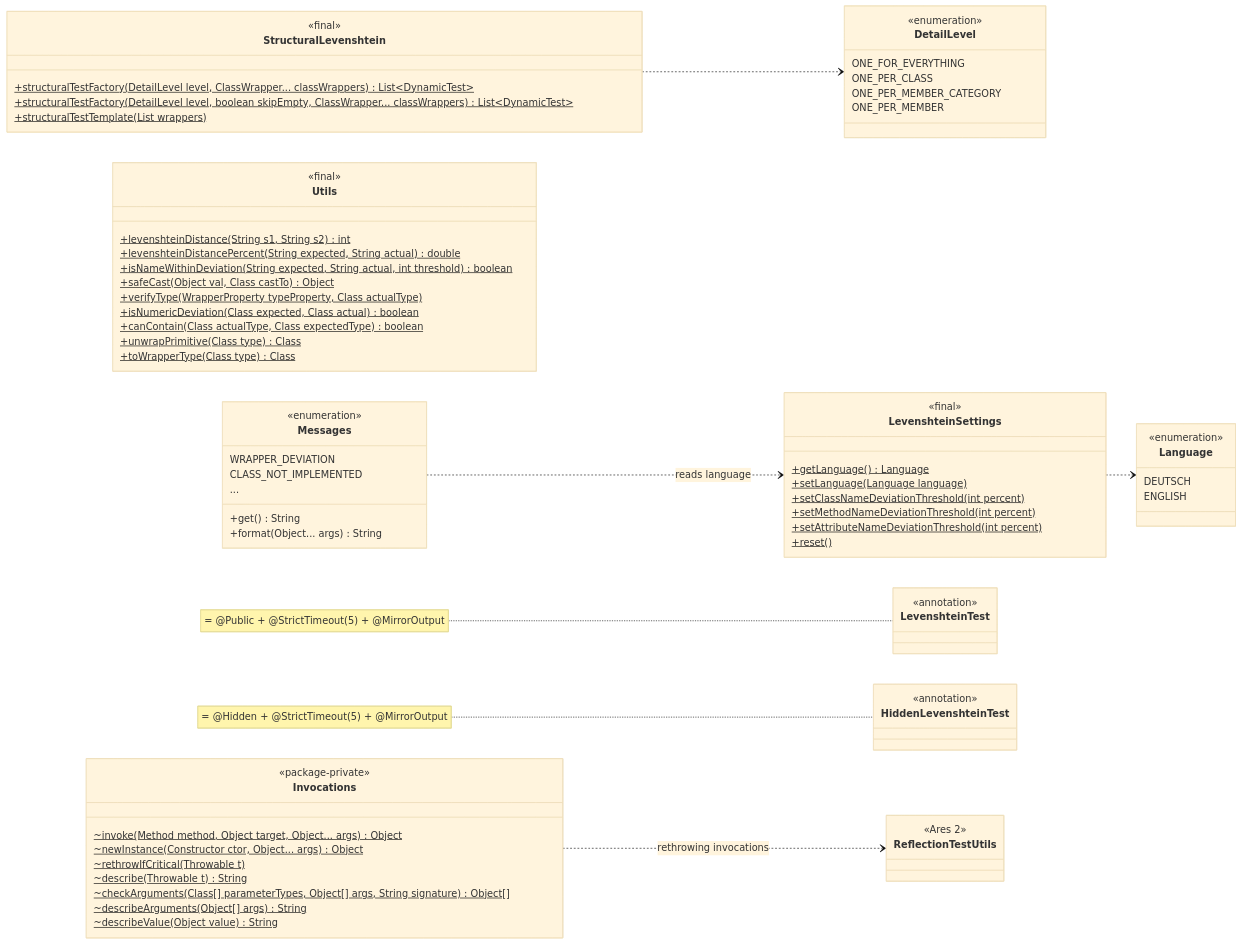
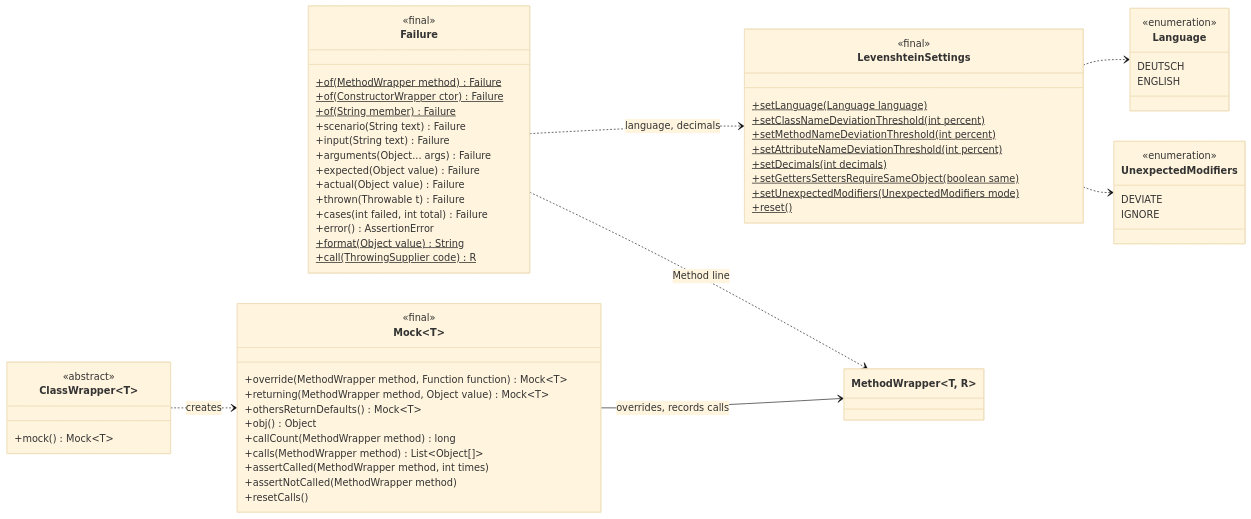
Before and after one commit to ValentinHerrmann/Levenshtein-Testing-Framework: the fourth of 6 diagrams in docs/architecture.md, drawn with Mermaid (base theme). The commit also changed other lines of this file and 14 other files, not shown here.

````diff
--- a/docs/architecture.md
+++ b/docs/architecture.md
@@ -247,78 +231,65 @@
 ```mermaid
 classDiagram
     direction LR
-    class StructuralLevenshtein {
+    class Failure {
         <<final>>
-        +structuralTestFactory(DetailLevel level, ClassWrapper... classWrappers)$ List~DynamicTest~
-        +structuralTestFactory(DetailLevel level, boolean skipEmpty, ClassWrapper... classWrappers)$ List~DynamicTest~
-        +structuralTestTemplate(List wrappers)$
+        +of(MethodWrapper method)$ Failure
+        +of(ConstructorWrapper ctor)$ Failure
+        +of(String member)$ Failure
+        +scenario(String text) Failure
+        +input(String text) Failure
+        +arguments(Object... args) Failure
+        +expected(Object value) Failure
+        +actual(Object value) Failure
+        +thrown(Throwable t) Failure
+        +cases(int failed, int total) Failure
+        +error() AssertionError
+        +format(Object value)$ String
+        +call(ThrowingSupplier code)$ R
     }
-    class DetailLevel {
-        <<enumeration>>
-        ONE_FOR_EVERYTHING
-        ONE_PER_CLASS
-        ONE_PER_MEMBER_CATEGORY
-        ONE_PER_MEMBER
-    }
-    class Utils {
+    class Mock~T~ {
         <<final>>
-        +levenshteinDistance(String s1, String s2)$ int
-        +levenshteinDistancePercent(String expected, String actual)$ double
-        +isNameWithinDeviation(String expected, String actual, int threshold)$ boolean
-        +safeCast(Object val, Class castTo)$ Object
-        +verifyType(WrapperProperty typeProperty, Class actualType)$
-        +isNumericDeviation(Class expected, Class actual)$ boolean
-        +canContain(Class actualType, Class expectedType)$ boolean
-        +unwrapPrimitive(Class type)$ Class
-        +toWrapperType(Class type)$ Class
+        +override(MethodWrapper method, Function function) Mock~T~
+        +returning(MethodWrapper method, Object value) Mock~T~
+        +othersReturnDefaults() Mock~T~
+        +obj() Object
+        +callCount(MethodWrapper method) long
+        +calls(MethodWrapper method) List~Object[]~
+        +assertCalled(MethodWrapper method, int times)
+        +assertNotCalled(MethodWrapper method)
+        +resetCalls()
     }
     class LevenshteinSettings {
         <<final>>
-        +getLanguage()$ Language
         +setLanguage(Language language)$
         +setClassNameDeviationThreshold(int percent)$
         +setMethodNameDeviationThreshold(int percent)$
         +setAttributeNameDeviationThreshold(int percent)$
+        +setDecimals(int decimals)$
+        +setGettersSettersRequireSameObject(boolean same)$
+        +setUnexpectedModifiers(UnexpectedModifiers mode)$
         +reset()$
     }
     class Language {
         <<enumeration>>
         DEUTSCH
         ENGLISH
     }
-    class Messages {
+    class UnexpectedModifiers {
         <<enumeration>>
-        WRAPPER_DEVIATION
-        CLASS_NOT_IMPLEMENTED
-        ...
-        +get() String
-        +format(Object... args) String
+        DEVIATE
+        IGNORE
     }
-    class Invocations {
-        <<package-private>>
-        ~invoke(Method method, Object target, Object... args)$ Object
-        ~newInstance(Constructor ctor, Object... args)$ Object
-        ~rethrowIfCritical(Throwable t)$
-        ~describe(Throwable t)$ String
-        ~checkArguments(Class[] parameterTypes, Object[] args, String signature)$ Object[]
-        ~describeArguments(Object[] args)$ String
-        ~describeValue(Object value)$ String
+    class ClassWrapper~T~ {
+        <<abstract>>
+        +mock() Mock~T~
     }
-    class LevenshteinTest {
-        <<annotation>>
-    }
-    class HiddenLevenshteinTest {
-        <<annotation>>
-    }
-    class ReflectionTestUtils {
-        <<Ares 2>>
-    }
+    class MethodWrapper["MethodWrapper&lt;T, R&gt;"]
 
-    StructuralLevenshtein ..> DetailLevel
+    ClassWrapper ..> Mock : creates
+    Mock --> MethodWrapper : overrides, records calls
+    Failure ..> MethodWrapper : Method line
+    Failure ..> LevenshteinSettings : language, decimals
     LevenshteinSettings ..> Language
-    Messages ..> LevenshteinSettings : reads language
-    Invocations ..> ReflectionTestUtils : rethrowing invocations
-
-    note for LevenshteinTest "= @Public + @StrictTimeout(5) + @MirrorOutput"
-    note for HiddenLevenshteinTest "= @Hidden + @StrictTimeout(5) + @MirrorOutput"
+    LevenshteinSettings ..> UnexpectedModifiers
 ```
````
